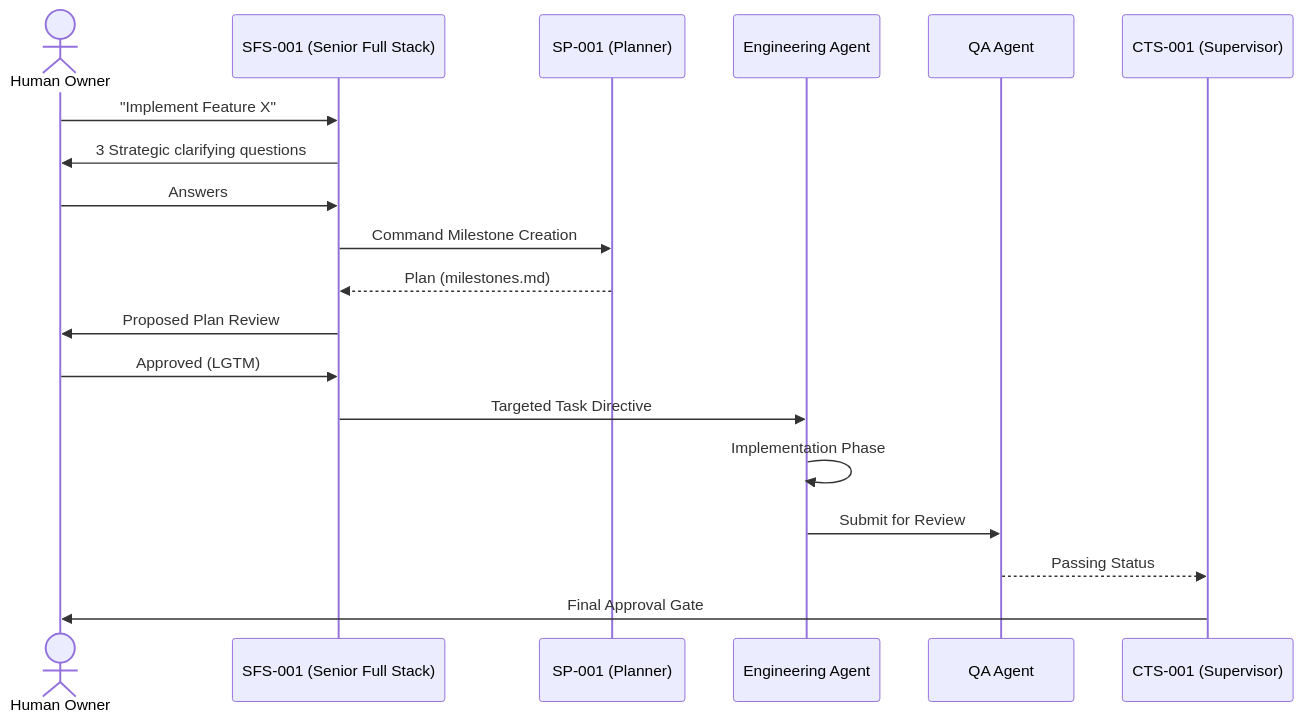
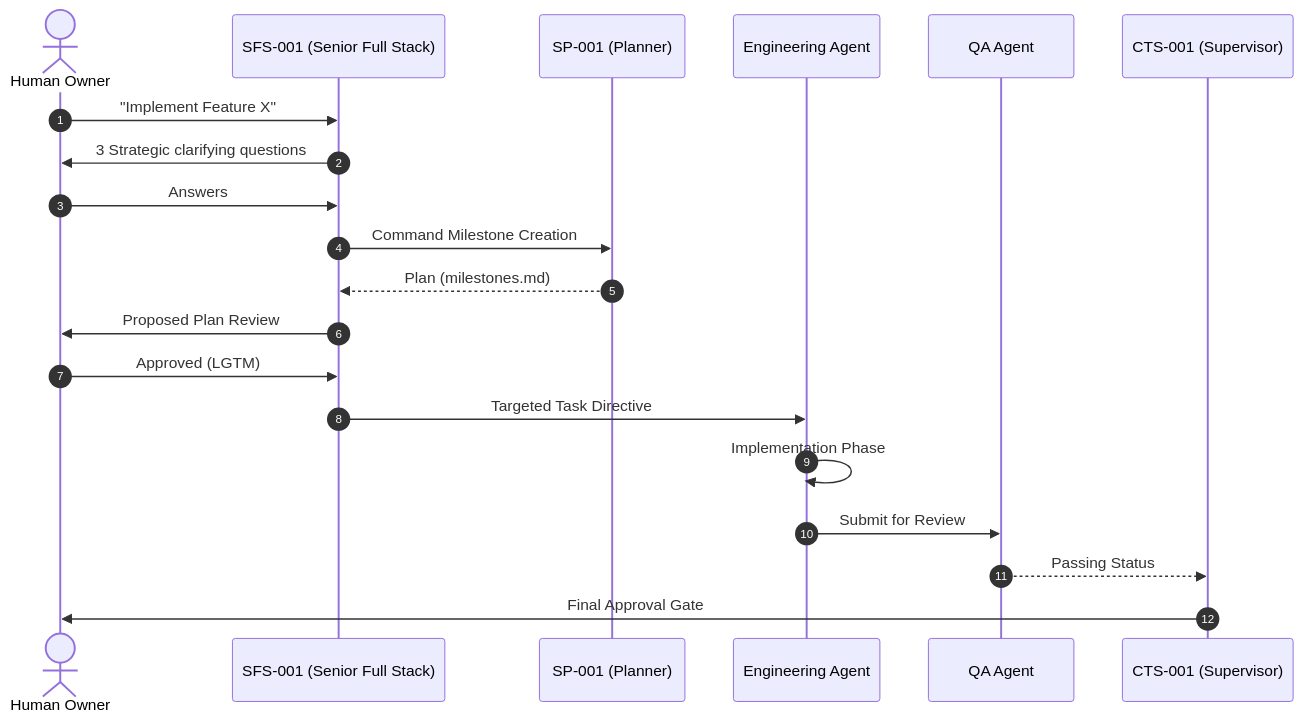
The fourth of 10 diagrams in README.md (Ab-aswini/Agent-kit-P1), drawn with Mermaid before and after one commit. The commit also changed other lines of this file, not shown here.

Commit message:
docs: premium README polishing with 10/10 aesthetics, high-impact alerts, and unified Mermaid themes

````diff
--- a/README.md
+++ b/README.md
@@ -133,22 +167,23 @@
 ```mermaid
 sequenceDiagram
+  autonumber
   actor User as Human Owner
   participant SFS as SFS-001 (Senior Full Stack)
   participant SP as SP-001 (Planner)
   participant ENG as Engineering Agent
   participant QA as QA Agent
   participant CTS as CTS-001 (Supervisor)
 
   User->>SFS: "Implement Feature X"
   SFS->>User: 3 Strategic clarifying questions
   User->>SFS: Answers
   SFS->>SP: Command Milestone Creation
   SP-->>SFS: Plan (milestones.md)
   SFS->>User: Proposed Plan Review
   User->>SFS: Approved (LGTM)
   SFS->>ENG: Targeted Task Directive
   ENG->>ENG: Implementation Phase
   ENG->>QA: Submit for Review
   QA-->>CTS: Passing Status
   CTS->>User: Final Approval Gate
 ```
````
